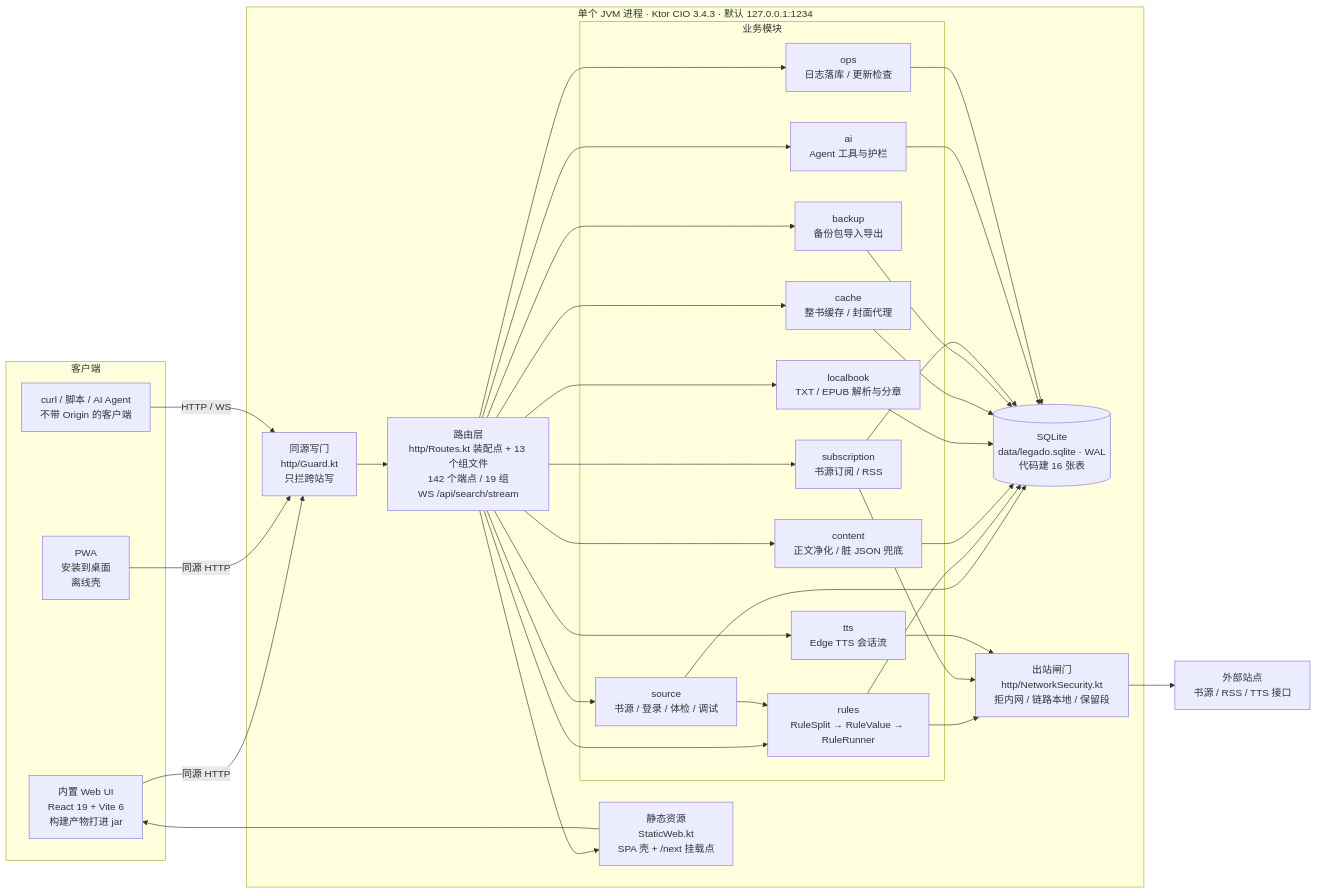
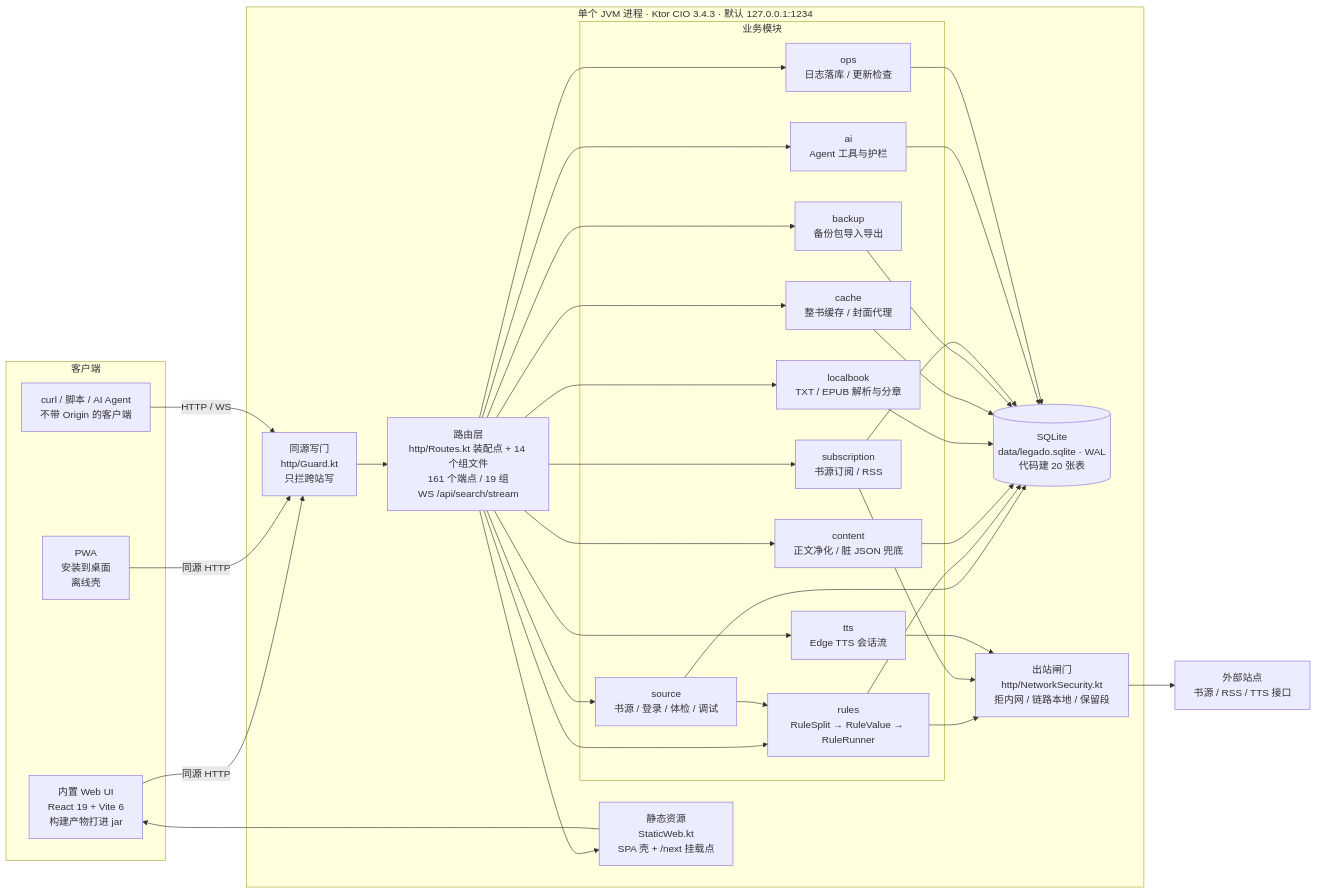
One commit to linqinqiu/legadoQ changed the first of 6 diagrams in docs/ARCHITECTURE.md. Above: the diagram before and after it, drawn with Mermaid. The commit also changed other lines of this file and 22 other files, not shown here.

````diff
--- a/docs/ARCHITECTURE.md
+++ b/docs/ARCHITECTURE.md
@@ -10,66 +10,66 @@
 ```mermaid
 flowchart LR
     subgraph CLIENT["客户端"]
         UI["内置 Web UI<br/>React 19 + Vite 6<br/>构建产物打进 jar"]
         PWA["PWA<br/>安装到桌面<br/>离线壳"]
         CLI["curl / 脚本 / AI Agent<br/>不带 Origin 的客户端"]
     end
 
     subgraph PROC["单个 JVM 进程 · Ktor CIO 3.4.3 · 默认 127.0.0.1:1234"]
         GUARD["同源写门<br/>http/Guard.kt<br/>只拦跨站写"]
-        ROUTE["路由层<br/>http/Routes.kt 装配点 + 13 个组文件<br/>142 个端点 / 19 组<br/>WS /api/search/stream"]
+        ROUTE["路由层<br/>http/Routes.kt 装配点 + 14 个组文件<br/>161 个端点 / 19 组<br/>WS /api/search/stream"]
         STATIC["静态资源<br/>StaticWeb.kt<br/>SPA 壳 + /next 挂载点"]
 
         subgraph DOMAIN["业务模块"]
             SRC["source<br/>书源 / 登录 / 体检 / 调试"]
             RULE["rules<br/>RuleSplit → RuleValue → RuleRunner"]
             CONTENT["content<br/>正文净化 / 脏 JSON 兜底"]
             LOCAL["localbook<br/>TXT / EPUB 解析与分章"]
             CACHE["cache<br/>整书缓存 / 封面代理"]
             TTS["tts<br/>Edge TTS 会话流"]
             BACKUP["backup<br/>备份包导入导出"]
             SUB["subscription<br/>书源订阅 / RSS"]
             AGENT["ai<br/>Agent 工具与护栏"]
             OPS["ops<br/>日志落库 / 更新检查"]
         end
 
-        DB[("SQLite<br/>data/legado.sqlite · WAL<br/>代码建 16 张表")]
+        DB[("SQLite<br/>data/legado.sqlite · WAL<br/>代码建 20 张表")]
         NETSEC["出站闸门<br/>http/NetworkSecurity.kt<br/>拒内网 / 链路本地 / 保留段"]
     end
 
     NET["外部站点<br/>书源 / RSS / TTS 接口"]
 
     UI -->|"同源 HTTP"| GUARD
     PWA -->|"同源 HTTP"| GUARD
     CLI -->|"HTTP / WS"| GUARD
     GUARD --> ROUTE
     ROUTE --> STATIC
     STATIC --> UI
 
     ROUTE --> SRC
     ROUTE --> RULE
     ROUTE --> CONTENT
     ROUTE --> LOCAL
     ROUTE --> CACHE
     ROUTE --> TTS
     ROUTE --> BACKUP
     ROUTE --> SUB
     ROUTE --> AGENT
     ROUTE --> OPS
 
     SRC --> RULE
     RULE --> NETSEC
     NETSEC --> NET
     SUB --> NETSEC
     TTS --> NETSEC
 
     SRC --> DB
     RULE --> DB
     CONTENT --> DB
     LOCAL --> DB
     CACHE --> DB
     BACKUP --> DB
     SUB --> DB
     AGENT --> DB
     OPS --> DB
 ```
````
